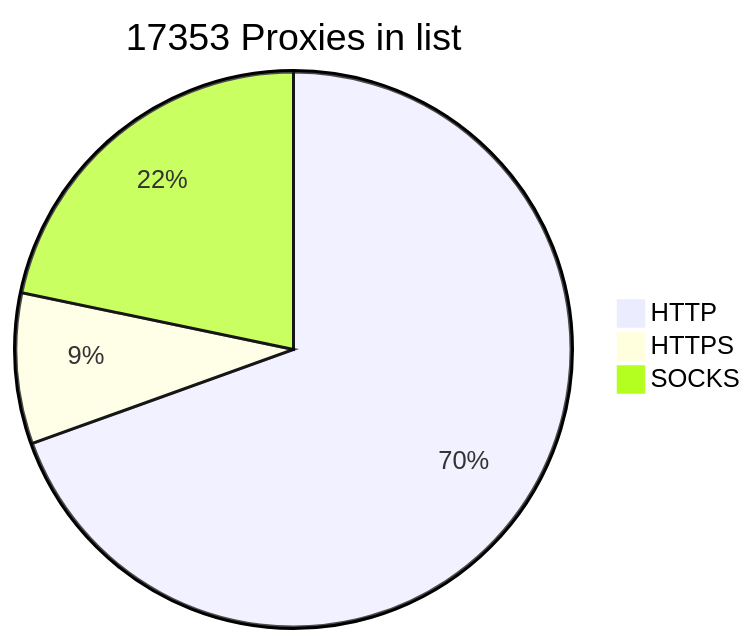
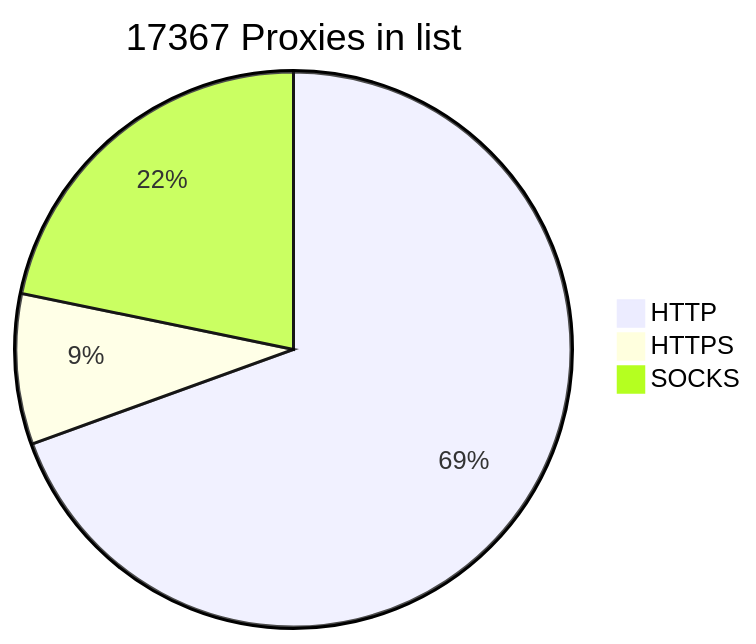
Before and after one commit to BlackSnowDot/proxylist-update-every-minute: the diagram in README.md, drawn with Mermaid.

````diff
--- a/README.md
+++ b/README.md
@@ -2,6 +2,6 @@
 ```mermaid
-pie title 17353 Proxies in list
-    "HTTP" : 12418
+pie title 17367 Proxies in list
+    "HTTP" : 12430
     "HTTPS": 1567
-    "SOCKS" : 3880
+    "SOCKS" : 3893
 ```
````
